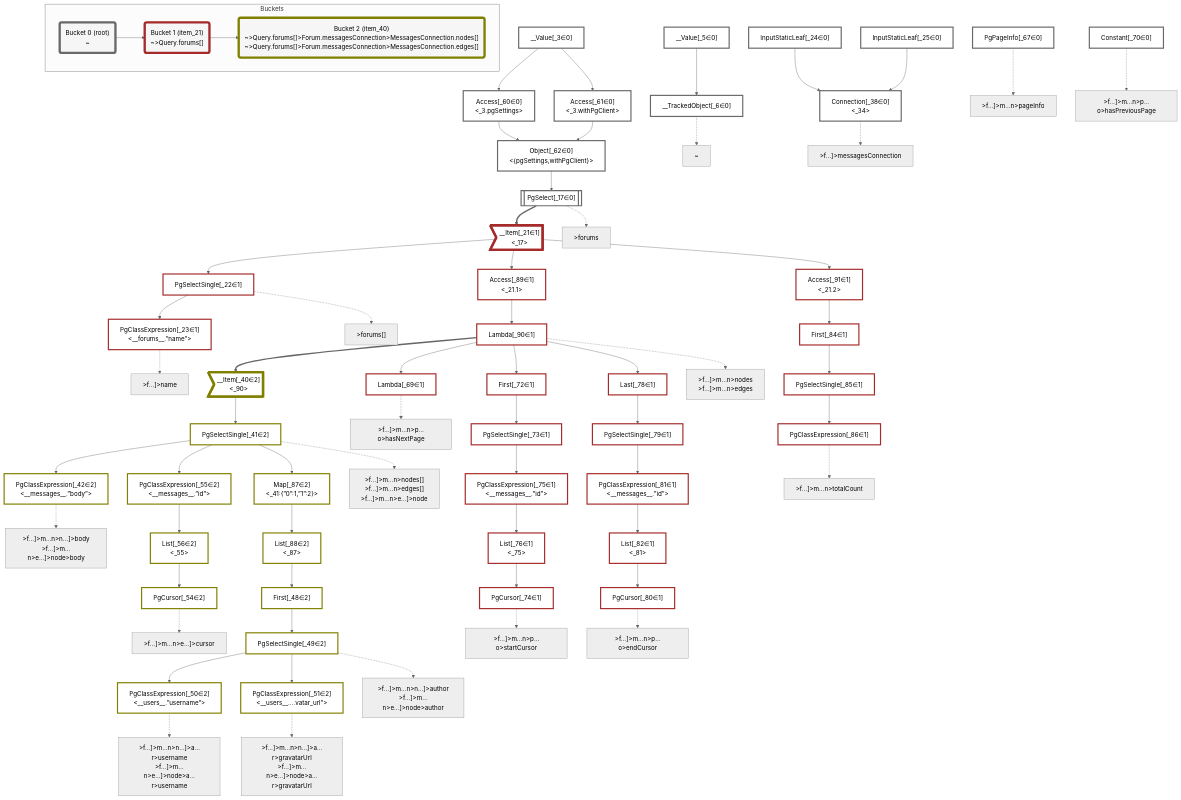
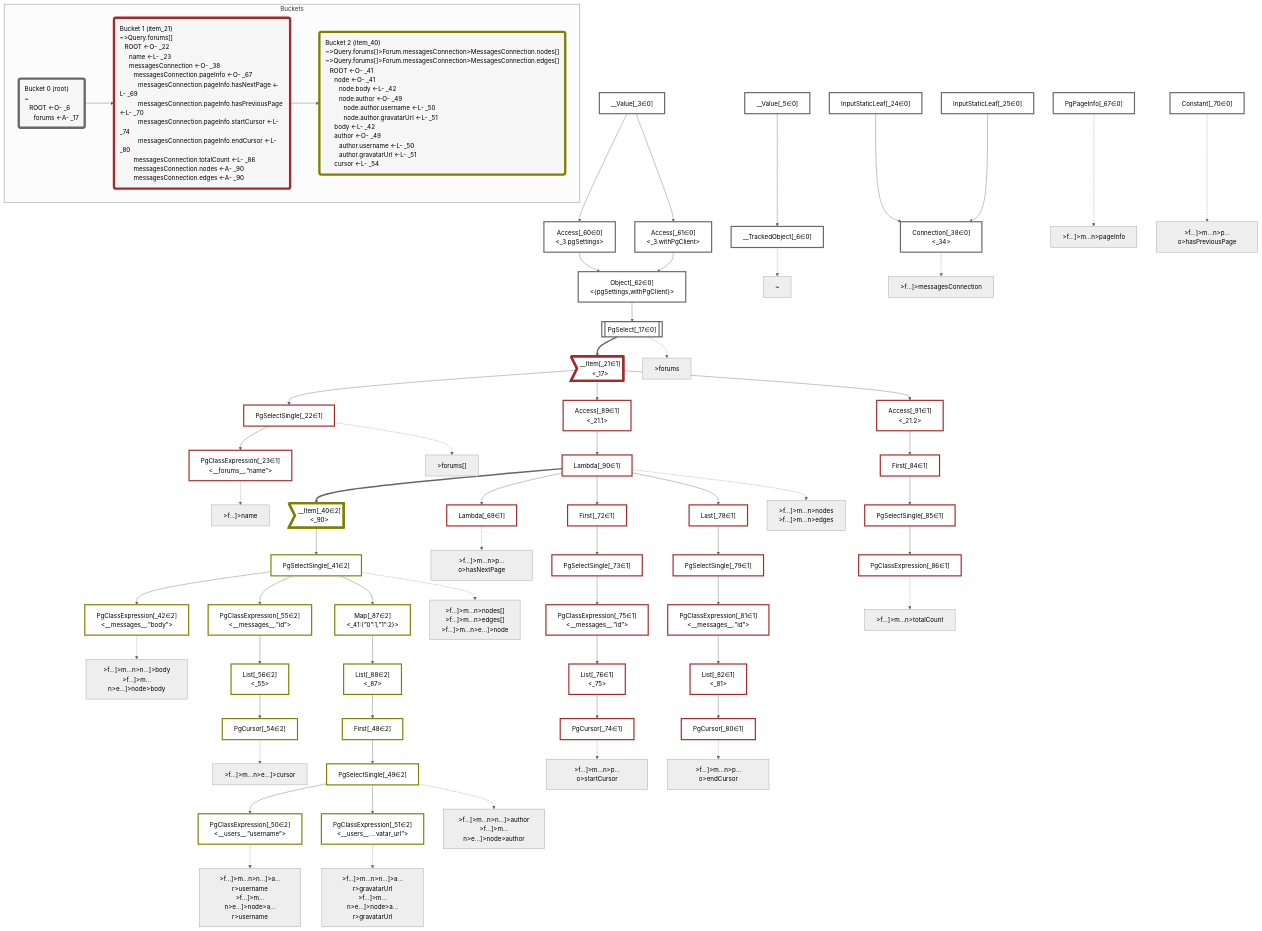
One commit to graphile/crystal changed the diagram in packages/dataplan-pg/__tests__/queries/connections/pagination-when-inlined.mermaid.md. Above: the diagram before and after it, drawn with Mermaid (neutral theme). The commit also changed 195 other files, not shown here.

```diff
--- a/packages/dataplan-pg/__tests__/queries/connections/pagination-when-inlined.mermaid.md
+++ b/packages/dataplan-pg/__tests__/queries/connections/pagination-when-inlined.mermaid.md
@@ -4,7 +4,7 @@
     classDef plan fill:#fff,stroke-width:3px,color:#000
     classDef itemplan fill:#fff,stroke-width:6px,color:#000
     classDef sideeffectplan fill:#f00,stroke-width:6px,color:#000
-    classDef bucket fill:#f6f6f6,color:#000,stroke-width:6px
+    classDef bucket fill:#f6f6f6,color:#000,stroke-width:6px,text-align:left
 
 
     %% define plans
@@ -142,12 +142,12 @@
     class __Item_40,PgSelectSingle_41,PgClassExpression_42,First_48,PgSelectSingle_49,PgClassExpression_50,PgClassExpression_51,PgCursor_54,PgClassExpression_55,List_56,Map_87,List_88 bucket2
 
     subgraph Buckets
-    Bucket0("Bucket 0 (root)<br />~"):::bucket
+    Bucket0("Bucket 0 (root)<br />~<br />⠀ROOT <-O- _6<br />⠀⠀forums <-A- _17"):::bucket
     style Bucket0 stroke:#696969
-    Bucket1("Bucket 1 (item_21)<br />~>Query.forums[]"):::bucket
+    Bucket1("Bucket 1 (item_21)<br />~>Query.forums[]<br />⠀ROOT <-O- _22<br />⠀⠀name <-L- _23<br />⠀⠀messagesConnection <-O- _38<br />⠀⠀⠀messagesConnection.pageInfo <-O- _67<br />⠀⠀⠀⠀messagesConnection.pageInfo.hasNextPage <-L- _69<br />⠀⠀⠀⠀messagesConnection.pageInfo.hasPreviousPage <-L- _70<br />⠀⠀⠀⠀messagesConnection.pageInfo.startCursor <-L- _74<br />⠀⠀⠀⠀messagesConnection.pageInfo.endCursor <-L- _80<br />⠀⠀⠀messagesConnection.totalCount <-L- _86<br />⠀⠀⠀messagesConnection.nodes <-A- _90<br />⠀⠀⠀messagesConnection.edges <-A- _90"):::bucket
     style Bucket1 stroke:#a52a2a
     Bucket0 --> Bucket1
-    Bucket2("Bucket 2 (item_40)<br />~>Query.forums[]>Forum.messagesConnection>MessagesConnection.nodes[]<br />~>Query.forums[]>Forum.messagesConnection>MessagesConnection.edges[]"):::bucket
+    Bucket2("Bucket 2 (item_40)<br />~>Query.forums[]>Forum.messagesConnection>MessagesConnection.nodes[]<br />~>Query.forums[]>Forum.messagesConnection>MessagesConnection.edges[]<br />⠀ROOT <-O- _41<br />⠀⠀node <-O- _41<br />⠀⠀⠀node.body <-L- _42<br />⠀⠀⠀node.author <-O- _49<br />⠀⠀⠀⠀node.author.username <-L- _50<br />⠀⠀⠀⠀node.author.gravatarUrl <-L- _51<br />⠀⠀body <-L- _42<br />⠀⠀author <-O- _49<br />⠀⠀⠀author.username <-L- _50<br />⠀⠀⠀author.gravatarUrl <-L- _51<br />⠀⠀cursor <-L- _54"):::bucket
     style Bucket2 stroke:#808000
     Bucket1 --> Bucket2
     end
```
